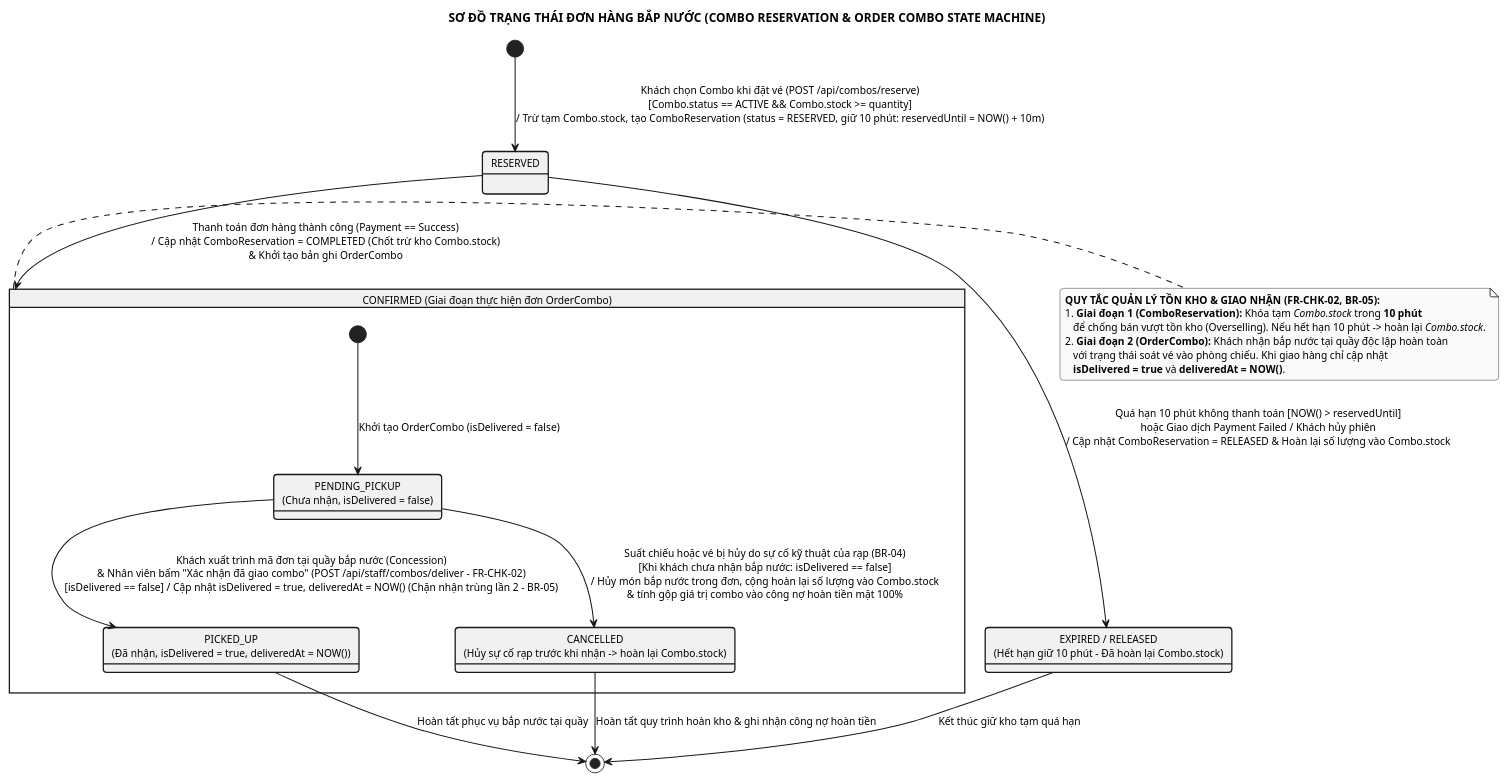
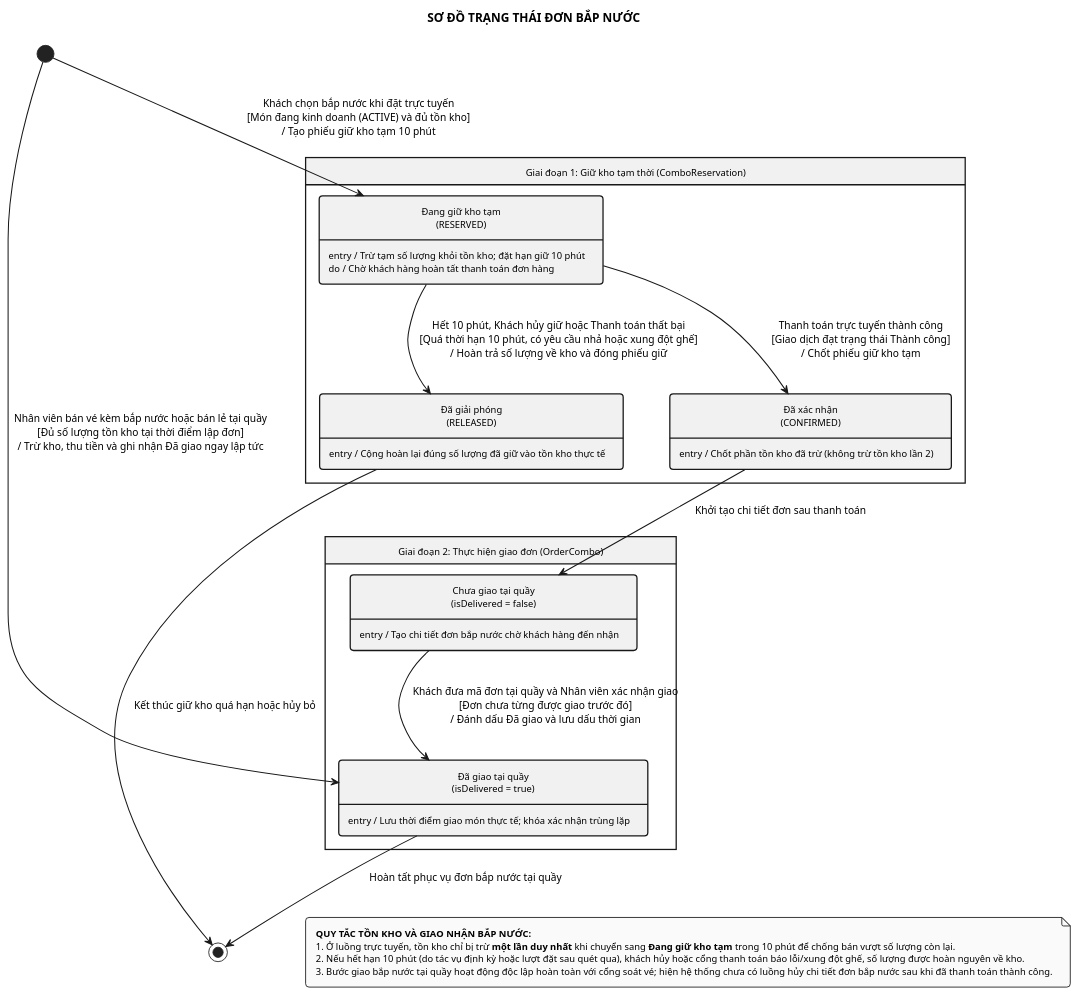
One commit to MaGiaVy/CinemaLUMI changed the diagram in PlantUML_State_Diagrams/state_combo.puml. Above: the diagram before and after it, drawn with PlantUML. The commit also changed 92 other files, not shown here.

Commit message:
feat(uml-state-ui): redesign state diagrams to pure Vietnamese, sync SVG exports and fullstack fixes

```diff
--- a/PlantUML_State_Diagrams/state_combo.puml
+++ b/PlantUML_State_Diagrams/state_combo.puml
@@ -1,47 +1,76 @@
 @startuml state_combo
 skinparam monochrome true
 skinparam style strictuml
+skinparam shadowing false
 skinparam defaultFontName Arial
 skinparam defaultFontSize 12
 skinparam roundCorner 8
+skinparam padding 6
+skinparam nodesep 55
+skinparam ranksep 65
+skinparam ArrowThickness 1.2
 skinparam state {
     BorderThickness 1.5
-    ArrowThickness 1.2
+    AttributeFontSize 11
+}
+skinparam note {
+    BorderThickness 1
+    FontSize 11
+}
+hide empty description
+
+title SƠ ĐỒ TRẠNG THÁI ĐƠN BẮP NƯỚC
+
+state "Giai đoạn 1: Giữ kho tạm thời (ComboReservation)" as GIAI_DOAN_1 {
+    state "Đang giữ kho tạm\n(RESERVED)" as GIU_KHO {
+    }
+    GIU_KHO : entry / Trừ tạm số lượng khỏi tồn kho; đặt hạn giữ 10 phút
+    GIU_KHO : do / Chờ khách hàng hoàn tất thanh toán đơn hàng
+
+    state "Đã giải phóng\n(RELEASED)" as GIAI_PHONG {
+    }
+    GIAI_PHONG : entry / Cộng hoàn lại đúng số lượng đã giữ vào tồn kho thực tế
+
+    state "Đã xác nhận\n(CONFIRMED)" as XAC_NHAN {
+    }
+    XAC_NHAN : entry / Chốt phần tồn kho đã trừ (không trừ tồn kho lần 2)
+
+    GIU_KHO --> XAC_NHAN : Thanh toán trực tuyến thành công\n[Giao dịch đạt trạng thái Thành công]\n/ Chốt phiếu giữ kho tạm
+
+    GIU_KHO --> GIAI_PHONG : Hết 10 phút, Khách hủy giữ hoặc Thanh toán thất bại\n[Quá thời hạn 10 phút, có yêu cầu nhả hoặc xung đột ghế]\n/ Hoàn trả số lượng về kho và đóng phiếu giữ
+
+    XAC_NHAN -[hidden]right-> GIAI_PHONG
 }
 
-title SƠ ĐỒ TRẠNG THÁI ĐƠN HÀNG BẮP NƯỚC (COMBO RESERVATION & ORDER COMBO STATE MACHINE)
+state "Giai đoạn 2: Thực hiện giao đơn (OrderCombo)" as GIAI_DOAN_2 {
+    state "Chưa giao tại quầy\n(isDelivered = false)" as CHUA_GIAO {
+    }
+    CHUA_GIAO : entry / Tạo chi tiết đơn bắp nước chờ khách hàng đến nhận
 
-[*] --> RESERVED : Khách chọn Combo khi đặt vé (POST /api/combos/reserve)\n[Combo.status == ACTIVE && Combo.stock >= quantity]\n/ Trừ tạm Combo.stock, tạo ComboReservation (status = RESERVED, giữ 10 phút: reservedUntil = NOW() + 10m)
+    state "Đã giao tại quầy\n(isDelivered = true)" as DA_GIAO {
+    }
+    DA_GIAO : entry / Lưu thời điểm giao món thực tế; khóa xác nhận trùng lặp
 
-RESERVED --> EXPIRED_RELEASED : Quá hạn 10 phút không thanh toán [NOW() > reservedUntil]\nhoặc Giao dịch Payment Failed / Khách hủy phiên\n/ Cập nhật ComboReservation = RELEASED & Hoàn lại số lượng vào Combo.stock
-
-RESERVED --> CONFIRMED : Thanh toán đơn hàng thành công (Payment == Success)\n/ Cập nhật ComboReservation = COMPLETED (Chốt trừ kho Combo.stock)\n& Khởi tạo bản ghi OrderCombo
-
-state "EXPIRED / RELEASED\n(Hết hạn giữ 10 phút - Đã hoàn lại Combo.stock)" as EXPIRED_RELEASED
-
-state "CONFIRMED (Giai đoạn thực hiện đơn OrderCombo)" as CONFIRMED {
-    [*] --> PENDING_PICKUP : Khởi tạo OrderCombo (isDelivered = false)
-
-    state "PENDING_PICKUP\n(Chưa nhận, isDelivered = false)" as PENDING_PICKUP
-    state "PICKED_UP\n(Đã nhận, isDelivered = true, deliveredAt = NOW())" as PICKED_UP
-    state "CANCELLED\n(Hủy sự cố rạp trước khi nhận -> hoàn lại Combo.stock)" as CANCELLED
-
-    PENDING_PICKUP --> PICKED_UP : Khách xuất trình mã đơn tại quầy bắp nước (Concession)\n& Nhân viên bấm "Xác nhận đã giao combo" (POST /api/staff/combos/deliver - FR-CHK-02)\n[isDelivered == false] / Cập nhật isDelivered = true, deliveredAt = NOW() (Chặn nhận trùng lần 2 - BR-05)
-
-    PENDING_PICKUP --> CANCELLED : Suất chiếu hoặc vé bị hủy do sự cố kỹ thuật của rạp (BR-04)\n[Khi khách chưa nhận bắp nước: isDelivered == false]\n/ Hủy món bắp nước trong đơn, cộng hoàn lại số lượng vào Combo.stock\n& tính gộp giá trị combo vào công nợ hoàn tiền mặt 100%
+    CHUA_GIAO --> DA_GIAO : Khách đưa mã đơn tại quầy và Nhân viên xác nhận giao\n[Đơn chưa từng được giao trước đó]\n/ Đánh dấu Đã giao và lưu dấu thời gian
 }
 
-EXPIRED_RELEASED --> [*] : Kết thúc giữ kho tạm quá hạn
-PICKED_UP --> [*] : Hoàn tất phục vụ bắp nước tại quầy
-CANCELLED --> [*] : Hoàn tất quy trình hoàn kho & ghi nhận công nợ hoàn tiền
+[*] --> DA_GIAO : Nhân viên bán vé kèm bắp nước hoặc bán lẻ tại quầy\n[Đủ số lượng tồn kho tại thời điểm lập đơn]\n/ Trừ kho, thu tiền và ghi nhận Đã giao ngay lập tức
 
-note right of CONFIRMED
-  <b>QUY TẮC QUẢN LÝ TỒN KHO & GIAO NHẬN (FR-CHK-02, BR-05):</b>
-  1. <b>Giai đoạn 1 (ComboReservation):</b> Khóa tạm <i>Combo.stock</i> trong <b>10 phút</b>
-     để chống bán vượt tồn kho (Overselling). Nếu hết hạn 10 phút -> hoàn lại <i>Combo.stock</i>.
-  2. <b>Giai đoạn 2 (OrderCombo):</b> Khách nhận bắp nước tại quầy độc lập hoàn toàn
-     với trạng thái soát vé vào phòng chiếu. Khi giao hàng chỉ cập nhật
-     <b>isDelivered = true</b> và <b>deliveredAt = NOW()</b>.
+[*] --> GIU_KHO : Khách chọn bắp nước khi đặt trực tuyến\n[Món đang kinh doanh (ACTIVE) và đủ tồn kho]\n/ Tạo phiếu giữ kho tạm 10 phút
+
+XAC_NHAN --> CHUA_GIAO : Khởi tạo chi tiết đơn sau thanh toán
+
+DA_GIAO --> [*] : Hoàn tất phục vụ đơn bắp nước tại quầy
+GIAI_PHONG --> [*] : Kết thúc giữ kho quá hạn hoặc hủy bỏ
+
+note as GhiChu
+  <b>QUY TẮC TỒN KHO VÀ GIAO NHẬN BẮP NƯỚC:</b>
+  1. Ở luồng trực tuyến, tồn kho chỉ bị trừ <b>một lần duy nhất</b> khi chuyển sang <b>Đang giữ kho tạm</b> trong 10 phút để chống bán vượt số lượng còn lại.
+  2. Nếu hết hạn 10 phút (do tác vụ định kỳ hoặc lượt đặt sau quét qua), khách hủy hoặc cổng thanh toán báo lỗi/xung đột ghế, số lượng được hoàn nguyên về kho.
+  3. Bước giao bắp nước tại quầy hoạt động độc lập hoàn toàn với cổng soát vé; hiện hệ thống chưa có luồng hủy chi tiết đơn bắp nước sau khi đã thanh toán thành công.
 end note
 
+GIAI_PHONG -[hidden]-> GhiChu
+DA_GIAO -[hidden]-> GhiChu
+
 @enduml
```
